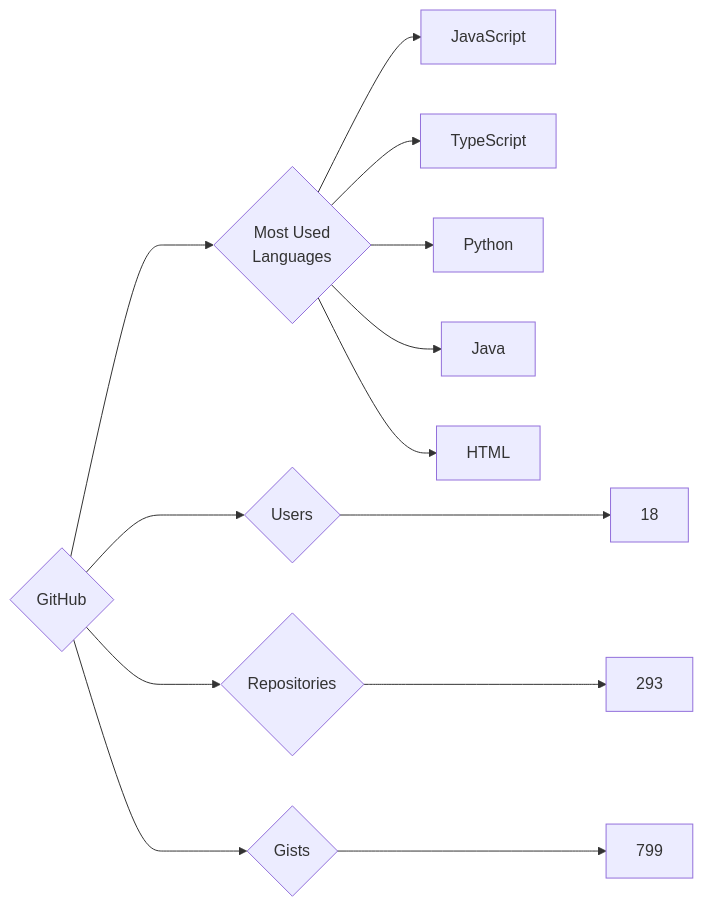
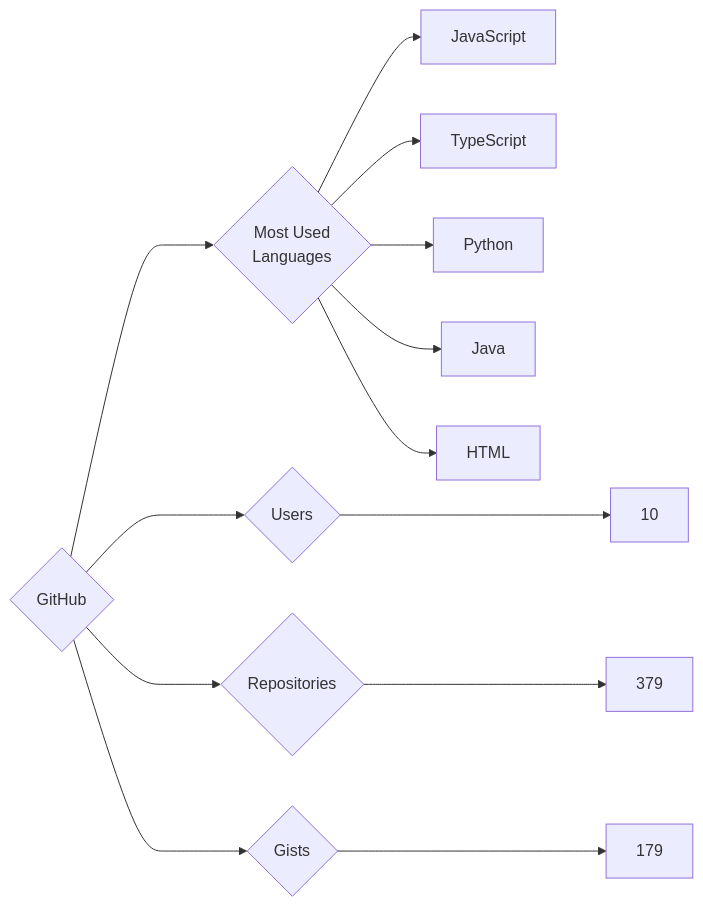
Before and after one commit to trickest/insiders: the diagram in targets/GitHub/README.md, drawn with Mermaid. The commit also changed 1007 other files, not shown here.

````diff
--- a/targets/GitHub/README.md
+++ b/targets/GitHub/README.md
@@ -3,13 +3,13 @@
 ```mermaid
 graph LR
 COMPANY_NAME{GitHub}
-COMPANY_NAME ---> U{Users} ---> UN[18]
-COMPANY_NAME ---> R{Repositories} ---> RN[293]
-COMPANY_NAME ---> G{Gists} ---> GN[799]
+COMPANY_NAME ---> U{Users} ---> UN[10]
+COMPANY_NAME ---> R{Repositories} ---> RN[379]
+COMPANY_NAME ---> G{Gists} ---> GN[179]
 COMPANY_NAME ---> ML{Most Used<br>Languages}
 ML --> JavaScript[JavaScript]
 ML --> TypeScript[TypeScript]
 ML --> Python[Python]
 ML --> Java[Java]
 ML --> HTML[HTML]
 ```
````
